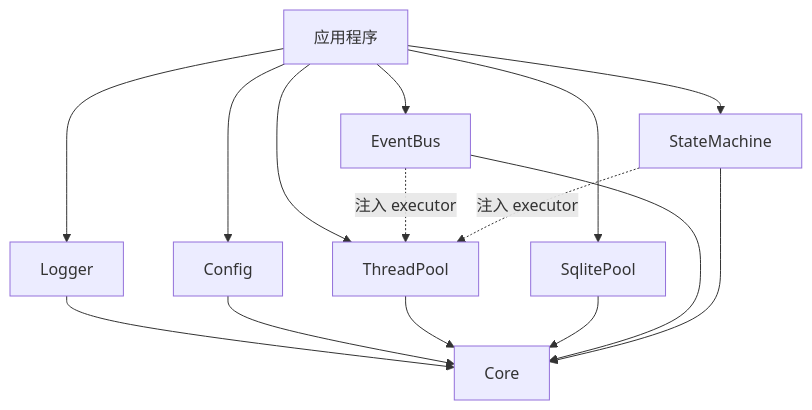
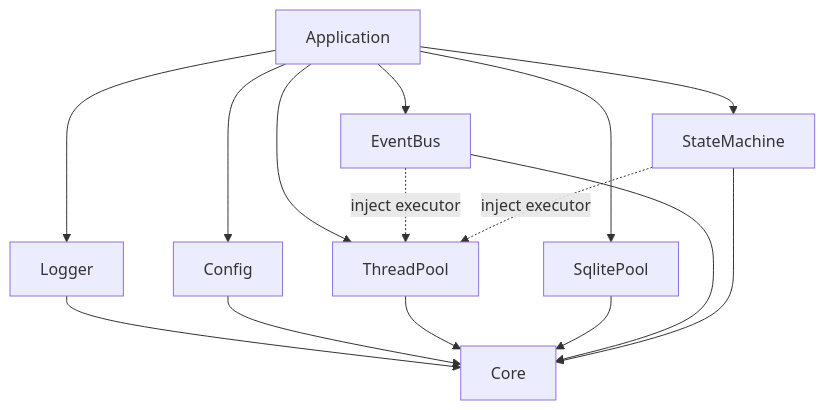
Before and after one commit to RiAmai/NovaInfra: the diagram in README.md, drawn with Mermaid. The commit also changed other lines of this file and 1 other file, not shown here.

````diff
--- a/README.md
+++ b/README.md
@@ -27,26 +31,26 @@
 ```mermaid
 graph TD
-    App[应用程序]
+    App[Application]
     Core[Core]
     Logger[Logger]
     Config[Config]
     Pool[ThreadPool]
     DB[SqlitePool]
     Bus[EventBus]
     SM[StateMachine]
 
     Logger --> Core
     Config --> Core
     Pool --> Core
     DB --> Core
     Bus --> Core
     SM --> Core
     App --> Logger
     App --> Config
     App --> Pool
     App --> DB
     App --> Bus
     App --> SM
-    Bus -.注入 executor.-> Pool
-    SM -.注入 executor.-> Pool
+    Bus -.inject executor.-> Pool
+    SM -.inject executor.-> Pool
 ```
````
